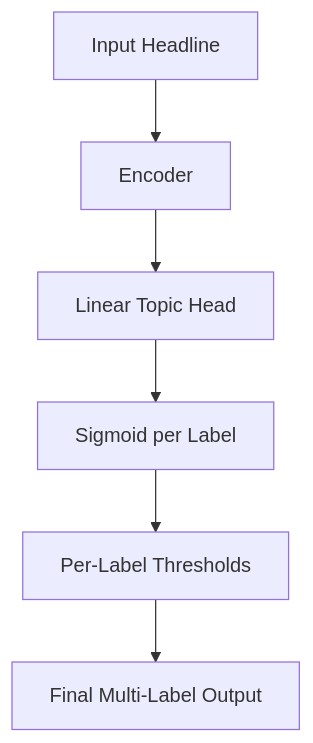
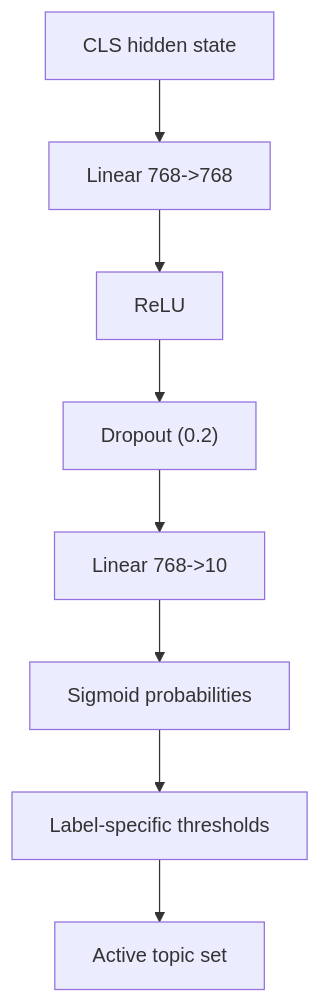
The fourth of 7 diagrams in _research/2026-04-07-quantbridge-energy-intelligence-multitask-nlp.md (TrishamBP/TrishamBP.github.io), drawn with Mermaid before and after one commit. The commit also changed other lines of this file and 1 other file, not shown here.

Commit message:
feat: add Research Articles section with integrated NLP system research article and mermaid rendering support

````diff
--- a/_research/2026-04-07-quantbridge-energy-intelligence-multitask-nlp.md
+++ b/_research/2026-04-07-quantbridge-energy-intelligence-multitask-nlp.md
@@ -129,8 +146,10 @@
 ```mermaid
 flowchart TD
-  A["Input Headline"] --> B["Encoder"]
-  B --> C["Linear Topic Head"]
-  C --> D["Sigmoid per Label"]
-  D --> E["Per-Label Thresholds"]
-  E --> F["Final Multi-Label Output"]
+  A["CLS hidden state"] --> B["Linear 768->768"]
+  B --> C["ReLU"]
+  C --> D["Dropout (0.2)"]
+  D --> E["Linear 768->10"]
+  E --> F["Sigmoid probabilities"]
+  F --> G["Label-specific thresholds"]
+  G --> H["Active topic set"]
 ```
````
